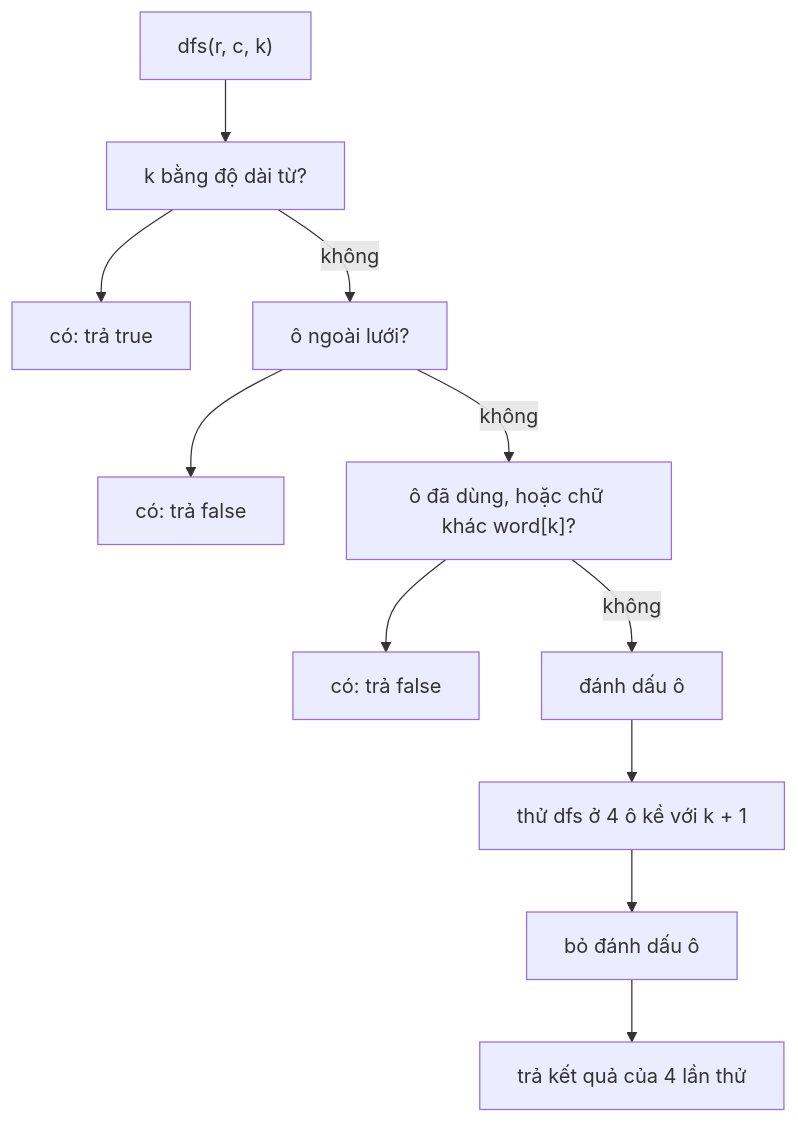
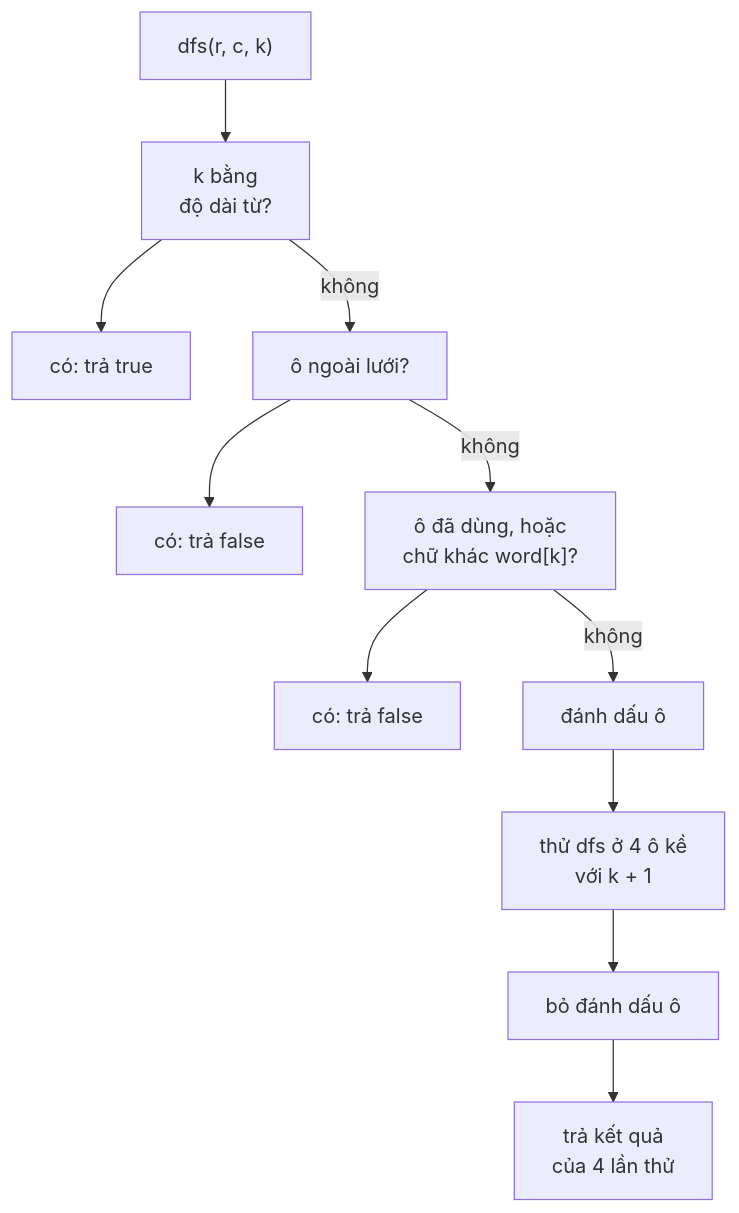
One commit to duongbui234/software-engineering-atlas changed the second of 2 diagrams in content/problems/word-search.md. Above: the diagram before and after it, drawn with Mermaid. The commit also changed 134 other files, not shown here.

First line of the commit message:
Fit every Mermaid diagram at 390px without sideways scroll (#56)

````diff
--- a/content/problems/word-search.md
+++ b/content/problems/word-search.md
@@ -78,21 +78,21 @@
 ```mermaid
 flowchart TB
   S["dfs(r, c, k)"]
-  Q1["k bằng độ dài từ?"]
+  Q1["k bằng<br/>độ dài từ?"]
   Y1["có: trả true"]
   Q2["ô ngoài lưới?"]
   Y2["có: trả false"]
-  Q3["ô đã dùng, hoặc chữ khác word[k]?"]
+  Q3["ô đã dùng, hoặc<br/>chữ khác word[k]?"]
   Y3["có: trả false"]
   M["đánh dấu ô"]
-  T["thử dfs ở 4 ô kề với k + 1"]
+  T["thử dfs ở 4 ô kề<br/>với k + 1"]
   U["bỏ đánh dấu ô"]
-  R["trả kết quả của 4 lần thử"]
+  R["trả kết quả<br/>của 4 lần thử"]
   S --> Q1
   Q1 --> Y1
   Q1 -->|"không"| Q2
   Q2 --> Y2
   Q2 -->|"không"| Q3
   Q3 --> Y3
   Q3 -->|"không"| M --> T --> U --> R
 ```
````
